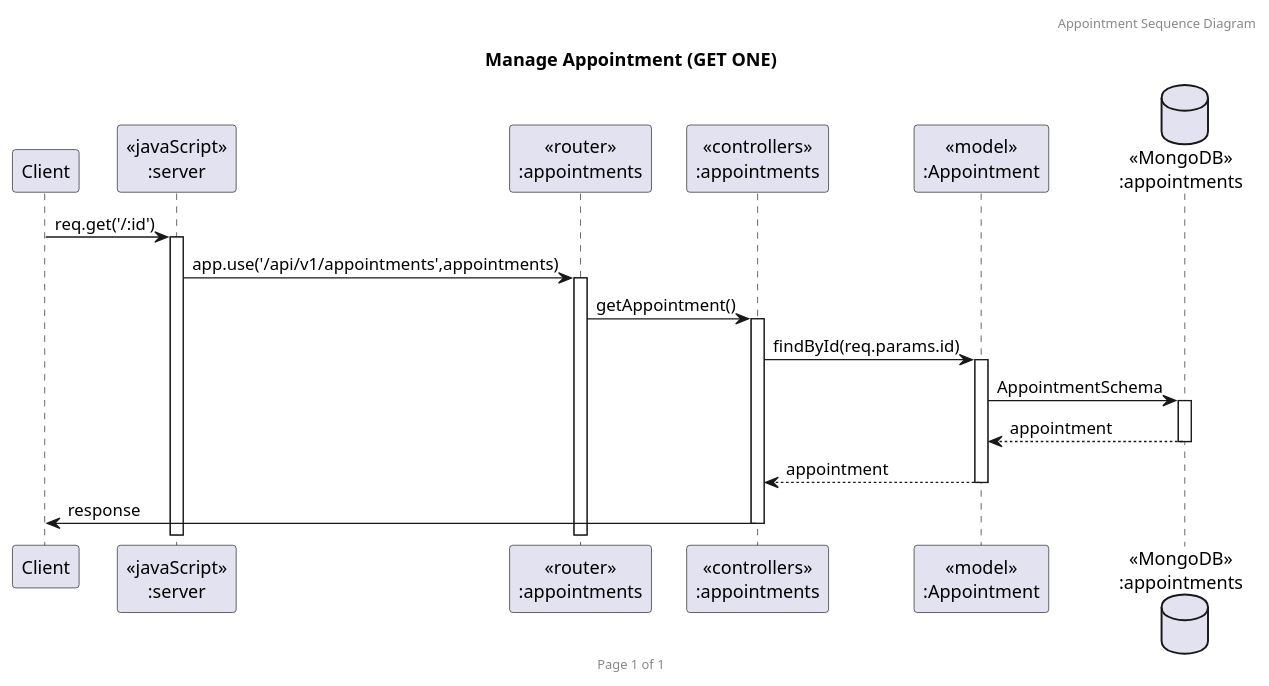
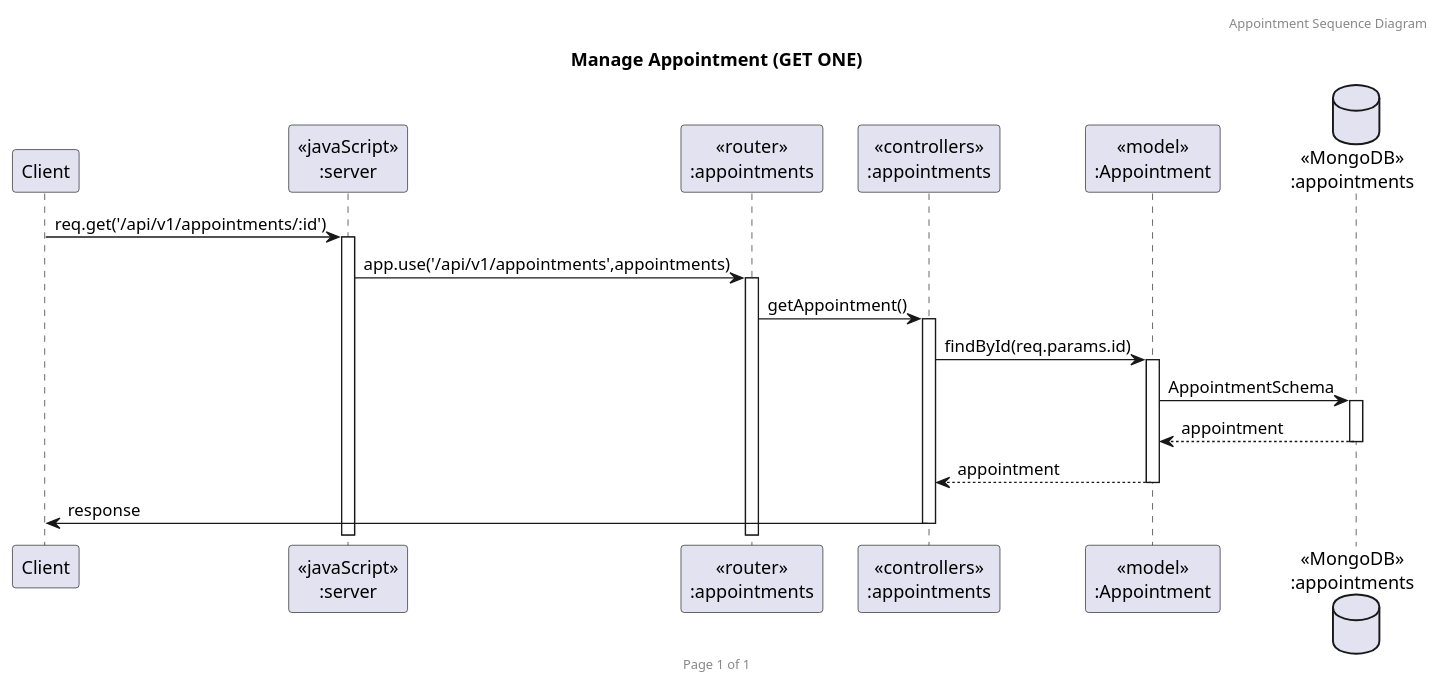
Before and after one commit to 2110503TACEDT66/presentation-day-1-privacy: the diagram in SequenceDiagram/apptgetone.puml, drawn with PlantUML. The commit also changed 16 other files, not shown here.

Commit message:
edit sequenceDiagram

```diff
--- a/SequenceDiagram/apptgetone.puml
+++ b/SequenceDiagram/apptgetone.puml
@@ -1,23 +1,23 @@
 @startuml Manage Appointment (GET ONE)
 
 header Appointment Sequence Diagram
 footer Page %page% of %lastpage%
 title "Manage Appointment (GET ONE)"
 
 participant "Client" as client
 participant "<<javaScript>>\n:server" as server
 participant "<<router>>\n:appointments" as routerAppointments
 participant "<<controllers>>\n:appointments" as controllersAppointments
 participant "<<model>>\n:Appointment" as modelAppointments
 database "<<MongoDB>>\n:appointments" as AppointmentsDatabase
 
-client->server ++:req.get('/:id')
+client->server ++:req.get('/api/v1/appointments/:id')
 server->routerAppointments ++:app.use('/api/v1/appointments',appointments)
 routerAppointments -> controllersAppointments ++:getAppointment()
 controllersAppointments->modelAppointments ++:findById(req.params.id)
 modelAppointments ->AppointmentsDatabase ++:AppointmentSchema
 AppointmentsDatabase --> modelAppointments --:appointment
 controllersAppointments <-- modelAppointments --:appointment
 controllersAppointments->client --:response
 
 @enduml
```
